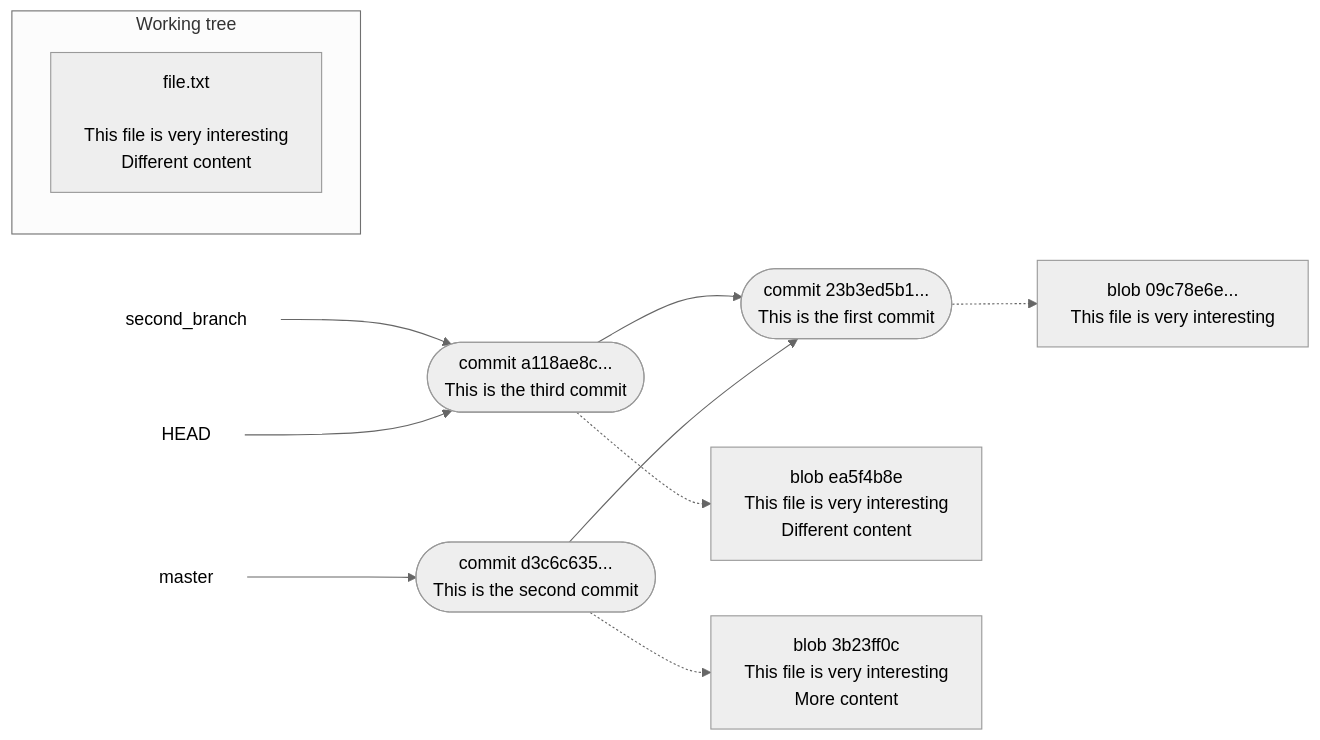
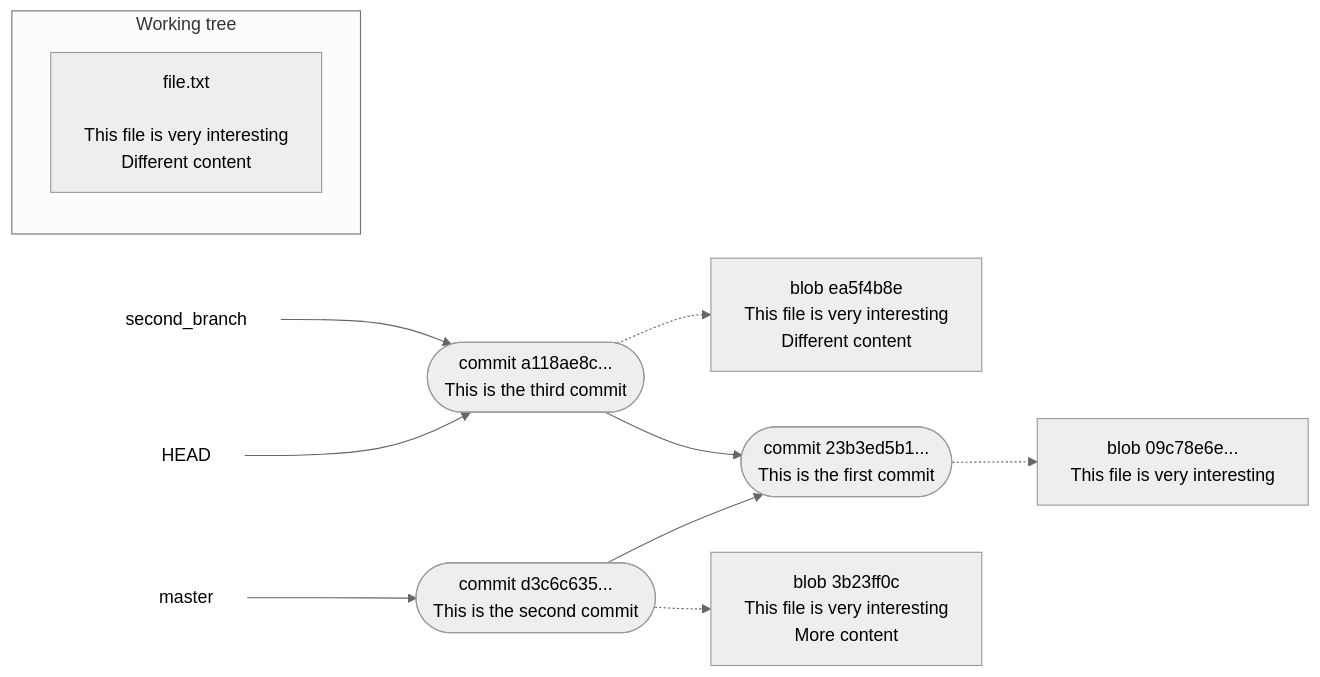
One commit to hpc2n/course-intro-git changed diagram 22 of 26 in docs/basic-concepts.md. Above: the diagram before and after it, drawn with Mermaid (neutral theme).

Commit message:
Adding lecture 3

````diff
--- a/docs/basic-concepts.md
+++ b/docs/basic-concepts.md
@@ -1145,32 +1145,30 @@
 ```mermaid
 graph LR
   
   head["HEAD"]
   style head fill:#ffffff,stroke:#ffffff
   master["master"]
   style master fill:#ffffff,stroke:#ffffff
   second_branch["second_branch"]
   style second_branch fill:#ffffff,stroke:#ffffff
   
-  second_branch --> third_commit(["commit a118ae8c...<br>This is the third commit"])
+  second_branch --> third_commit(["commit a118ae8c...<br>This is the third commit"]) -.-> third_blob["blob ea5f4b8e<br>This file is very interesting<br>Different content"] 
   second_commit(["commit d3c6c635...<br>This is the second commit"])
   first_commit(["commit 23b3ed5b1...<br>This is the first commit"])
   
-  third_blob["blob ea5f4b8e<br>This file is very interesting<br>Different content"]
   second_blob["blob 3b23ff0c<br>This file is very interesting<br>More content"]
   first_blob["blob 09c78e6e...<br>This file is very interesting"]
   
-  third_commit -.-> third_blob
   second_commit -.-> second_blob
   first_commit -.-> first_blob
   
   third_commit --> first_commit
   second_commit --> first_commit
   
   head --> third_commit
   master --> second_commit
   
   subgraph cluster_working_tree["Working tree"]
     cluster_file["file.txt<br><br>This file is very interesting<br>Different content"]
   end
 ```
````
